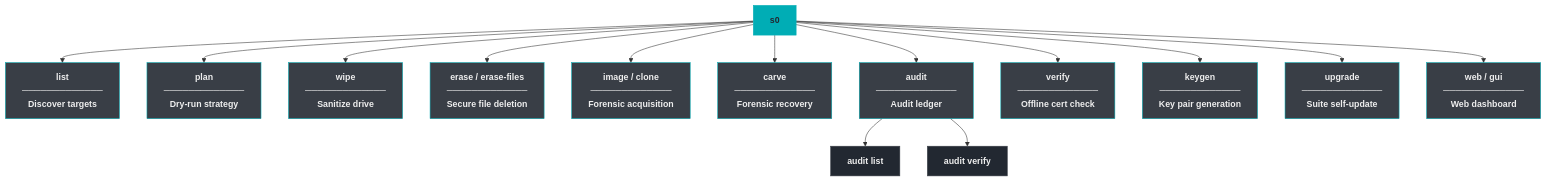
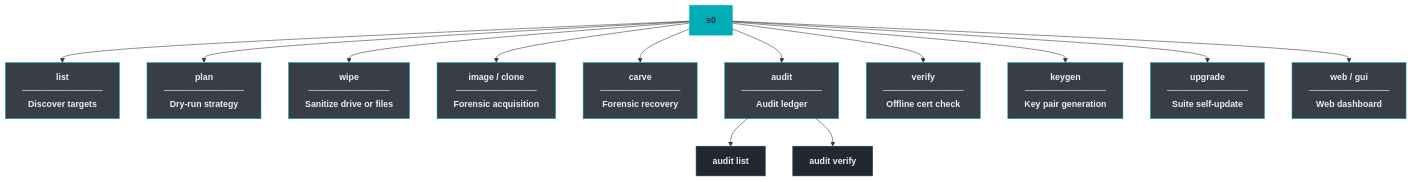
One commit to kartik2005221/s0 changed the first of 2 diagrams in docs-portal/docs/cli-reference.md. Above: the diagram before and after it, drawn with Mermaid. The commit also changed other lines of this file and 31 other files, not shown here.

````diff
--- a/docs-portal/docs/cli-reference.md
+++ b/docs-portal/docs/cli-reference.md
@@ -18,27 +18,26 @@
 ```mermaid
 flowchart TD
     S0["<b>s0</b>"]:::root
 
     S0 --> LIST["list\n─────────────\nDiscover targets"]
     S0 --> PLAN["plan\n─────────────\nDry-run strategy"]
-    S0 --> WIPE["wipe\n─────────────\nSanitize drive"]
-    S0 --> ERASE["erase / erase-files\n─────────────\nSecure file deletion"]
+    S0 --> WIPE["wipe\n─────────────\nSanitize drive or files"]
     S0 --> IMAGE["image / clone\n─────────────\nForensic acquisition"]
     S0 --> CARVE["carve\n─────────────\nForensic recovery"]
     S0 --> AUDIT["audit\n─────────────\nAudit ledger"]
     S0 --> VERIFY["verify\n─────────────\nOffline cert check"]
     S0 --> KEYGEN["keygen\n─────────────\nKey pair generation"]
     S0 --> UPGRADE["upgrade\n─────────────\nSuite self-update"]
     S0 --> WEB["web / gui\n─────────────\nWeb dashboard"]
 
     AUDIT --> AL["audit list"]
     AUDIT --> AV["audit verify"]
 
     classDef root fill:#00ADB5,stroke:#00ADB5,color:#222831,font-weight:bold;
     classDef sub fill:#393E46,stroke:#00ADB5,color:#EEEEEE;
     classDef leaf fill:#222831,stroke:#393E46,color:#EEEEEE;
 
     class S0 root;
     class LIST,PLAN,WIPE,ERASE,IMAGE,CARVE,AUDIT,VERIFY,KEYGEN,UPGRADE,WEB sub;
     class AL,AV leaf;
 ```
````
